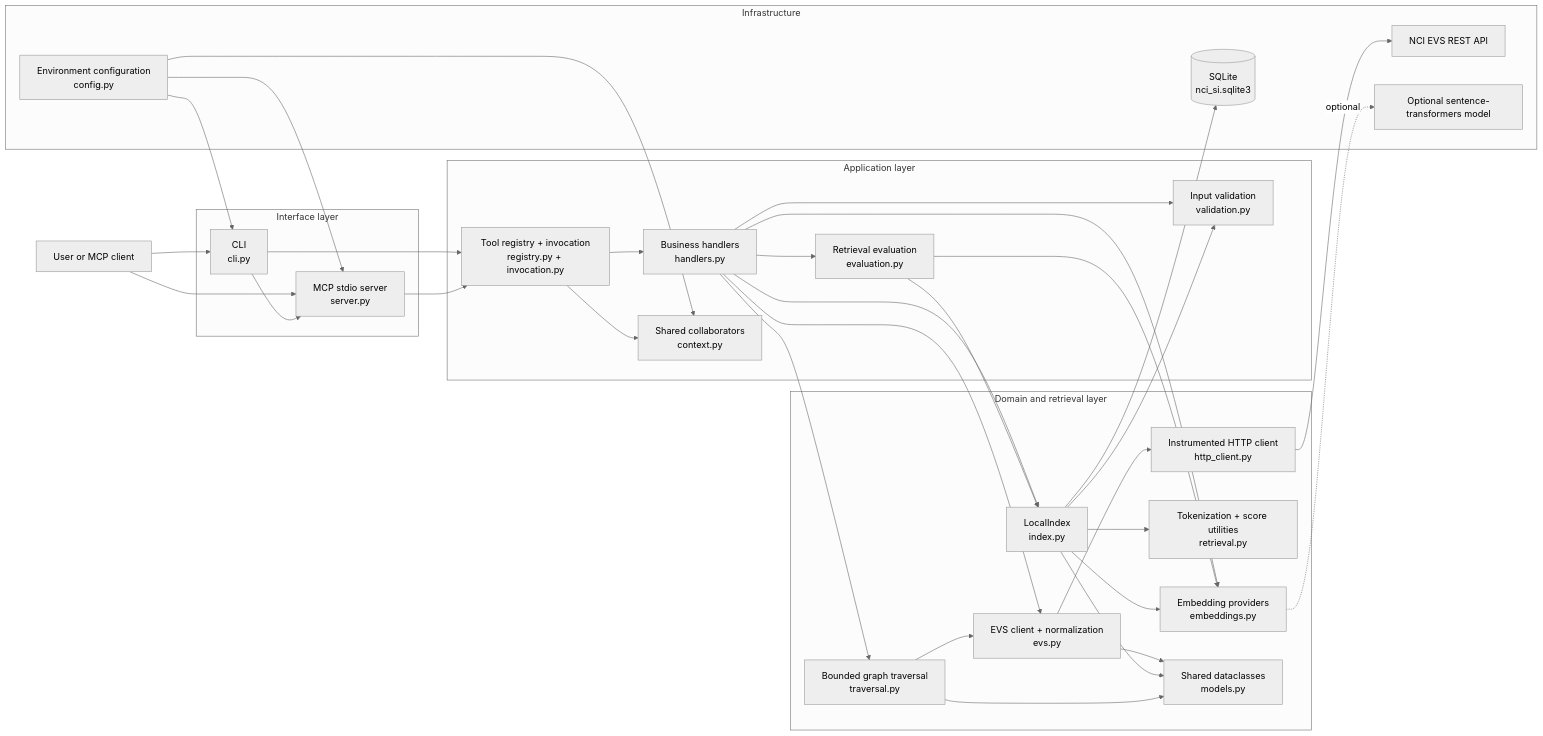
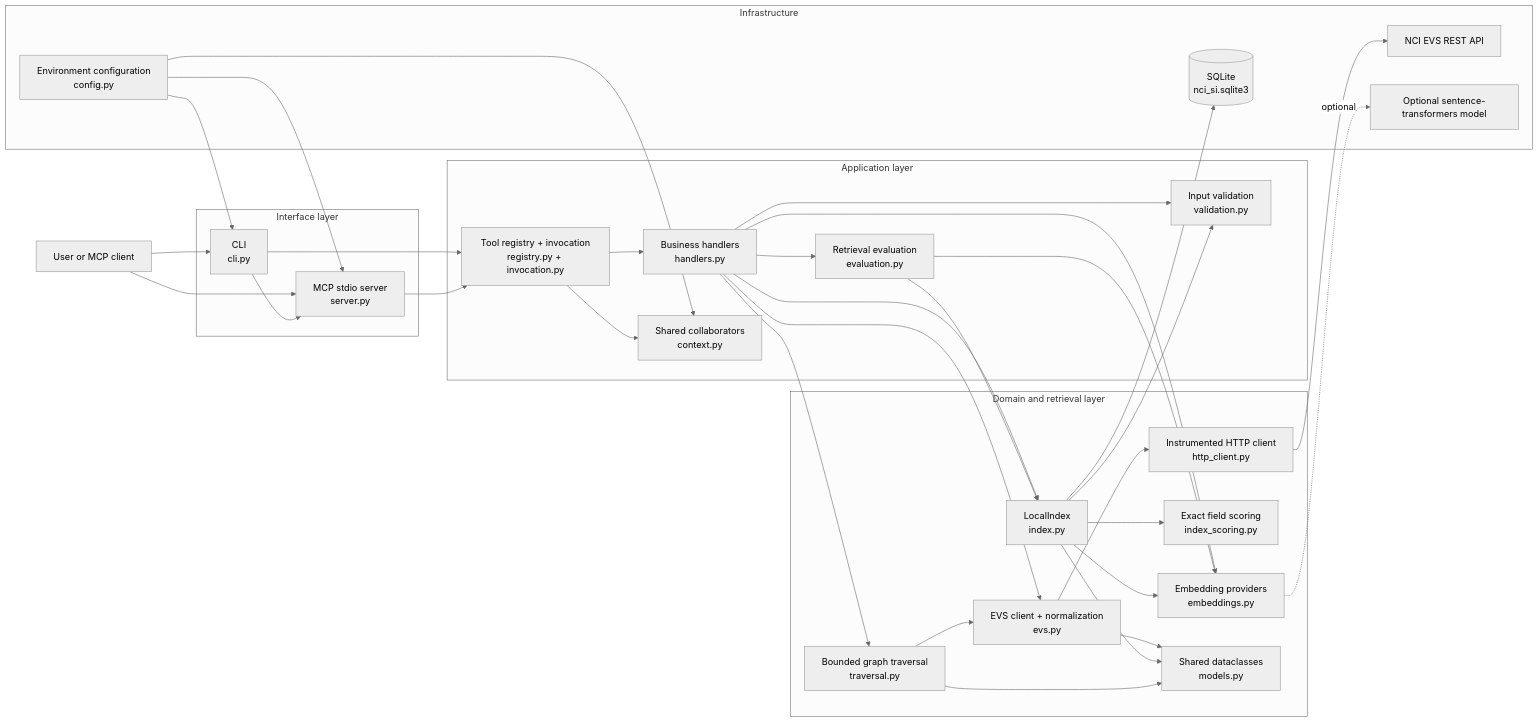
One commit to CBIIT/nci-si-mcp changed the first of 2 diagrams in ARCHITECTURE.md. Above: the diagram before and after it, drawn with Mermaid (neutral theme). The commit also changed other lines of this file and 118 other files, not shown here.

````diff
--- a/ARCHITECTURE.md
+++ b/ARCHITECTURE.md
@@ -9,67 +9,67 @@
 ```mermaid
 flowchart LR
     User["User or MCP client"]
 
     subgraph Interfaces["Interface layer"]
         CLI["CLI<br/>cli.py"]
         MCP["MCP stdio server<br/>server.py"]
     end
 
     subgraph Application["Application layer"]
         Registry["Tool registry + invocation<br/>registry.py + invocation.py"]
         Handlers["Business handlers<br/>handlers.py"]
         Context["Shared collaborators<br/>context.py"]
         Validation["Input validation<br/>validation.py"]
         Eval["Retrieval evaluation<br/>evaluation.py"]
     end
 
     subgraph Domain["Domain and retrieval layer"]
         EVS["EVS client + normalization<br/>evs.py"]
         Http["Instrumented HTTP client<br/>http_client.py"]
         Index["LocalIndex<br/>index.py"]
-        Retrieval["Tokenization + score utilities<br/>retrieval.py"]
+        Retrieval["Exact field scoring<br/>index_scoring.py"]
         Embeddings["Embedding providers<br/>embeddings.py"]
         Traversal["Bounded graph traversal<br/>traversal.py"]
         Models["Shared dataclasses<br/>models.py"]
     end
 
     subgraph Infrastructure["Infrastructure"]
         EVSAPI["NCI EVS REST API"]
         SQLite[("SQLite<br/>nci_si.sqlite3")]
         ST["Optional sentence-transformers model"]
         Env["Environment configuration<br/>config.py"]
     end
 
     User --> CLI
     User --> MCP
     CLI --> Registry
     CLI --> MCP
     MCP --> Registry
 
     Env --> CLI
     Env --> MCP
     Handlers --> Validation
     Handlers --> EVS
     Handlers --> Index
     Handlers --> Traversal
     Handlers --> Embeddings
     Handlers --> Eval
     Env --> Context
     Registry --> Handlers
     Registry --> Context
     Eval --> Index
     Eval --> Embeddings
     Index --> Validation
 
     EVS --> Http
     Http --> EVSAPI
     Traversal --> EVS
     Index --> Retrieval
     Index --> Embeddings
     Index --> SQLite
     Embeddings -. "optional" .-> ST
 
     EVS --> Models
     Index --> Models
     Traversal --> Models
 ```
````
